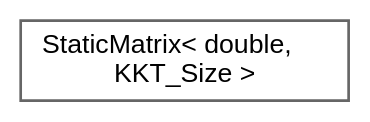
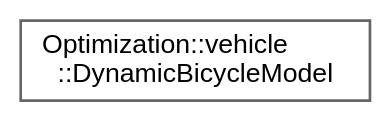
The diagram in inherit_graph_96.dot (jswoo0615/Algorithms_for_Optimization_cpp), drawn with Graphviz before and after one commit. The commit also changed 108 other files, not shown here.

```diff
--- a/inherit_graph_96.dot
+++ b/inherit_graph_96.dot
@@ -1,9 +1,9 @@
 digraph "Graphical Class Hierarchy"
 {
  // LATEX_PDF_SIZE
   bgcolor="transparent";
   edge [fontname=Helvetica,fontsize=10,labelfontname=Helvetica,labelfontsize=10];
   node [fontname=Helvetica,fontsize=10,shape=box,height=0.2,width=0.4];
   rankdir="LR";
-  Node0 [id="Node000000",label="StaticMatrix\< double,\l KKT_Size \>",height=0.2,width=0.4,color="grey40", fillcolor="white", style="filled",URL="$classStaticMatrix.html",tooltip=" "];
+  Node0 [id="Node000000",label="Optimization::vehicle\l::DynamicBicycleModel",height=0.2,width=0.4,color="grey40", fillcolor="white", style="filled",URL="$structOptimization_1_1vehicle_1_1DynamicBicycleModel.html",tooltip="Dynamic Bicycle Model (6-State, 2-Control)"];
 }
```
